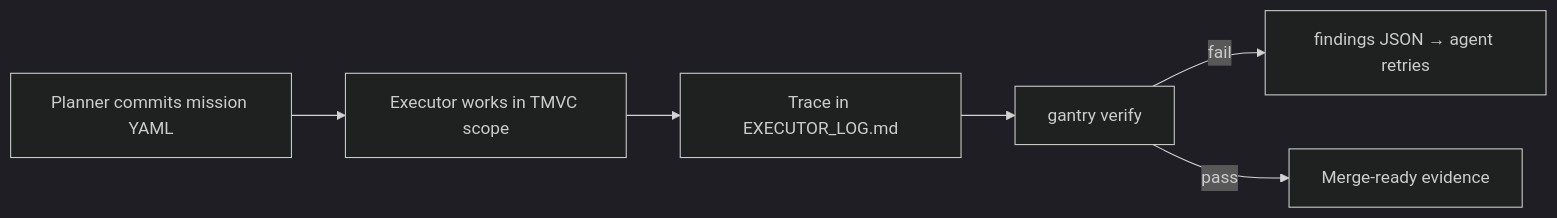
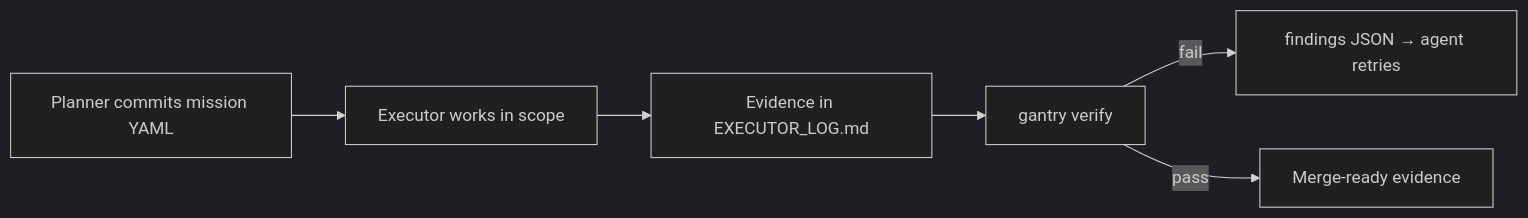
One commit to jeger-ai/opengantry changed the diagram in README.md. Above: the diagram before and after it, drawn with Mermaid (dark theme). The commit also changed other lines of this file and 1 other file, not shown here.

````diff
--- a/README.md
+++ b/README.md
@@ -90,8 +49,8 @@
 ```mermaid
 flowchart LR
-    A[Planner commits mission YAML] --> B[Executor works in TMVC scope]
-    B --> C[Trace in EXECUTOR_LOG.md]
+    A[Planner commits mission YAML] --> B[Executor works in scope]
+    B --> C[Evidence in EXECUTOR_LOG.md]
     C --> D[gantry verify]
     D -->|fail| E[findings JSON → agent retries]
     D -->|pass| F[Merge-ready evidence]
 ```
````
